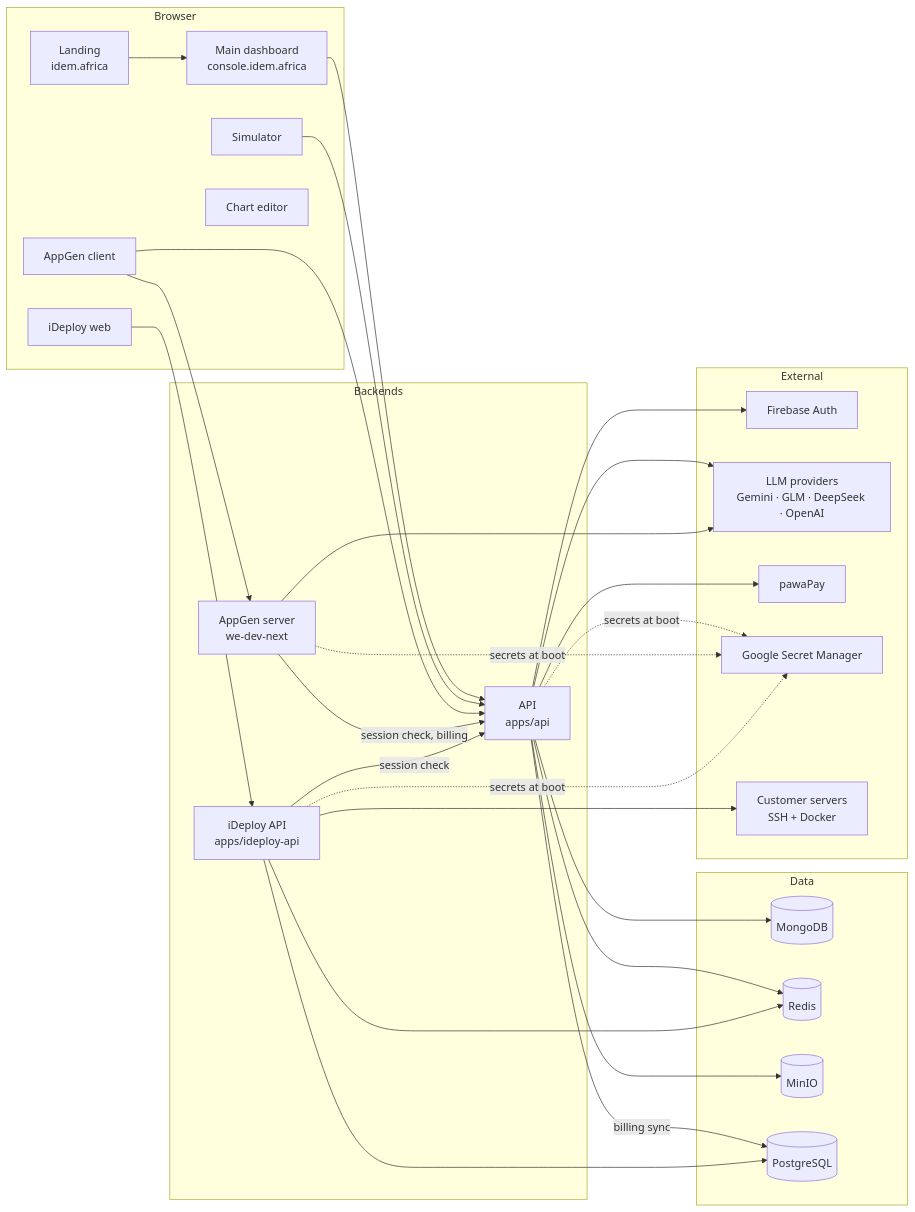
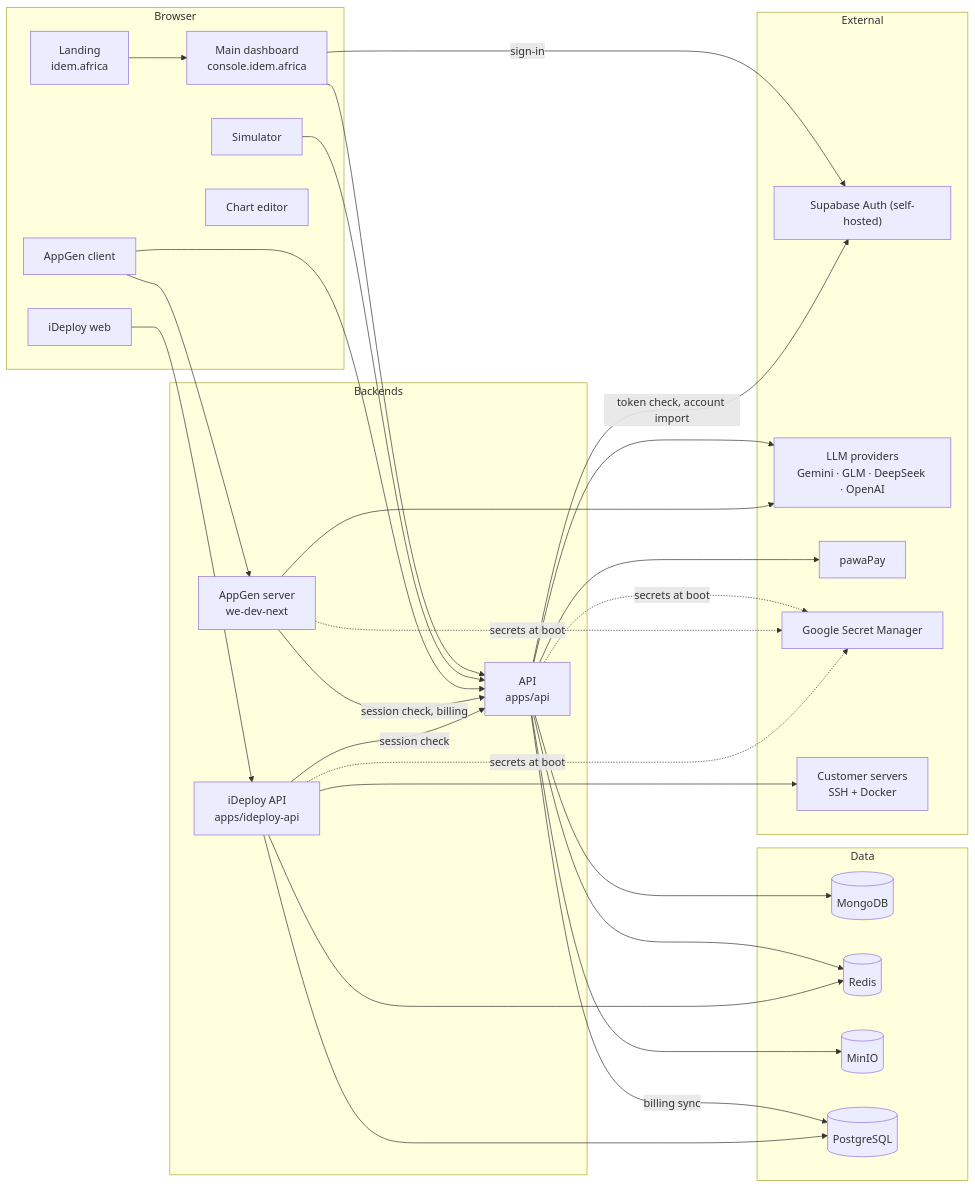
One commit to Idem-AI/idem changed the diagram in docs/ARCHITECTURE.md. Above: the diagram before and after it, drawn with Mermaid. The commit also changed other lines of this file and 110 other files, not shown here.

Commit message:
remove firebase and migrate to supabase auth

````diff
--- a/docs/ARCHITECTURE.md
+++ b/docs/ARCHITECTURE.md
@@ -5,48 +5,50 @@
 ```mermaid
 flowchart LR
     subgraph Browser
         Landing["Landing<br/>idem.africa"]
         Dashboard["Main dashboard<br/>console.idem.africa"]
         Simulation["Simulator"]
         AppGenClient["AppGen client"]
         IDeployWeb["iDeploy web"]
         Chart["Chart editor"]
     end
 
     subgraph Backends
         API["API<br/>apps/api"]
         AppGenServer["AppGen server<br/>we-dev-next"]
         IDeployAPI["iDeploy API<br/>apps/ideploy-api"]
     end
 
     subgraph Data
         Mongo[(MongoDB)]
         Redis[(Redis)]
         MinIO[(MinIO)]
         PG[(PostgreSQL)]
     end
 
     subgraph External
-        Firebase["Firebase Auth"]
+        Auth["Supabase Auth (self-hosted)"]
         LLM["LLM providers<br/>Gemini · GLM · DeepSeek · OpenAI"]
         PawaPay["pawaPay"]
         SM["Google Secret Manager"]
         Servers["Customer servers<br/>SSH + Docker"]
     end
 
     Landing --> Dashboard
     Dashboard --> API
     Simulation --> API
     AppGenClient --> AppGenServer
     AppGenClient --> API
     IDeployWeb --> IDeployAPI
     AppGenServer -- "session check, billing" --> API
     IDeployAPI -- "session check" --> API
     API --> Mongo & Redis & MinIO
     API -- "billing sync" --> PG
     IDeployAPI --> PG & Redis
     IDeployAPI --> Servers
-    API --> Firebase & LLM & PawaPay
+    Dashboard -- "sign-in" --> Auth
+    API -- "token check, account import" --> Auth
+    API --> LLM & PawaPay
     AppGenServer --> LLM
     API & AppGenServer & IDeployAPI -. "secrets at boot" .-> SM
 ```
````
